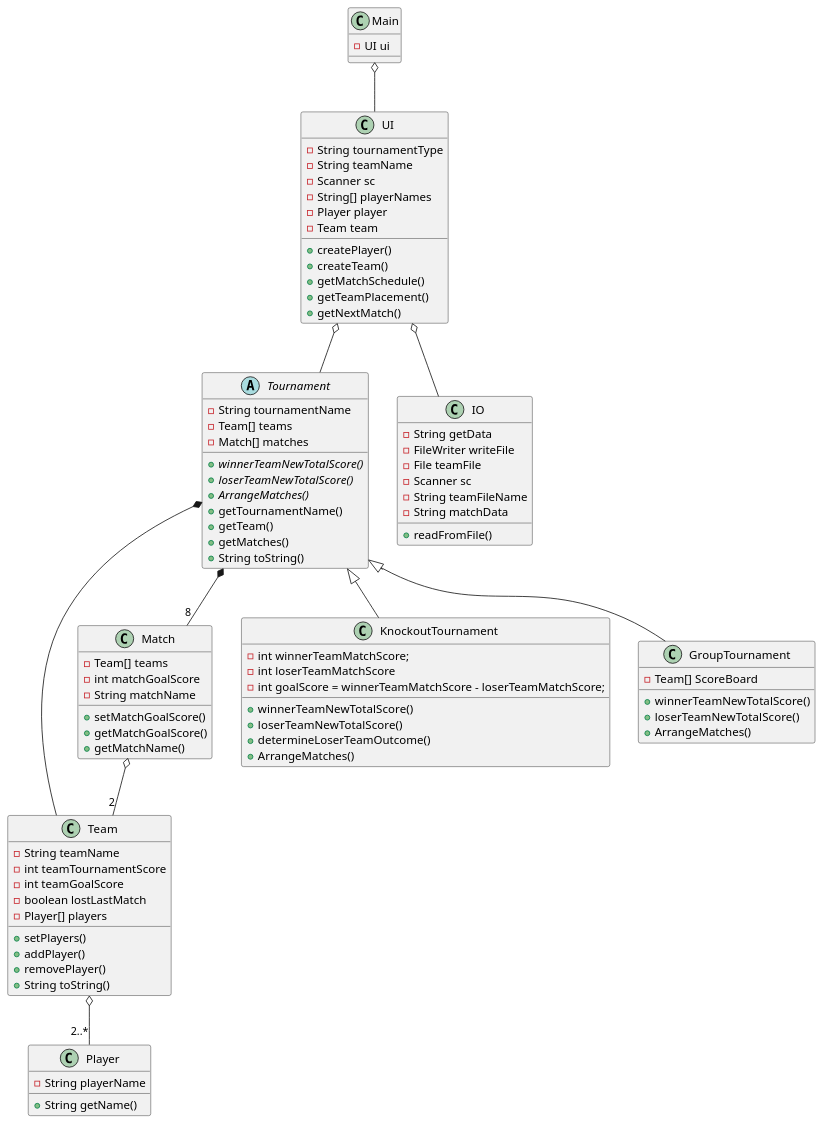
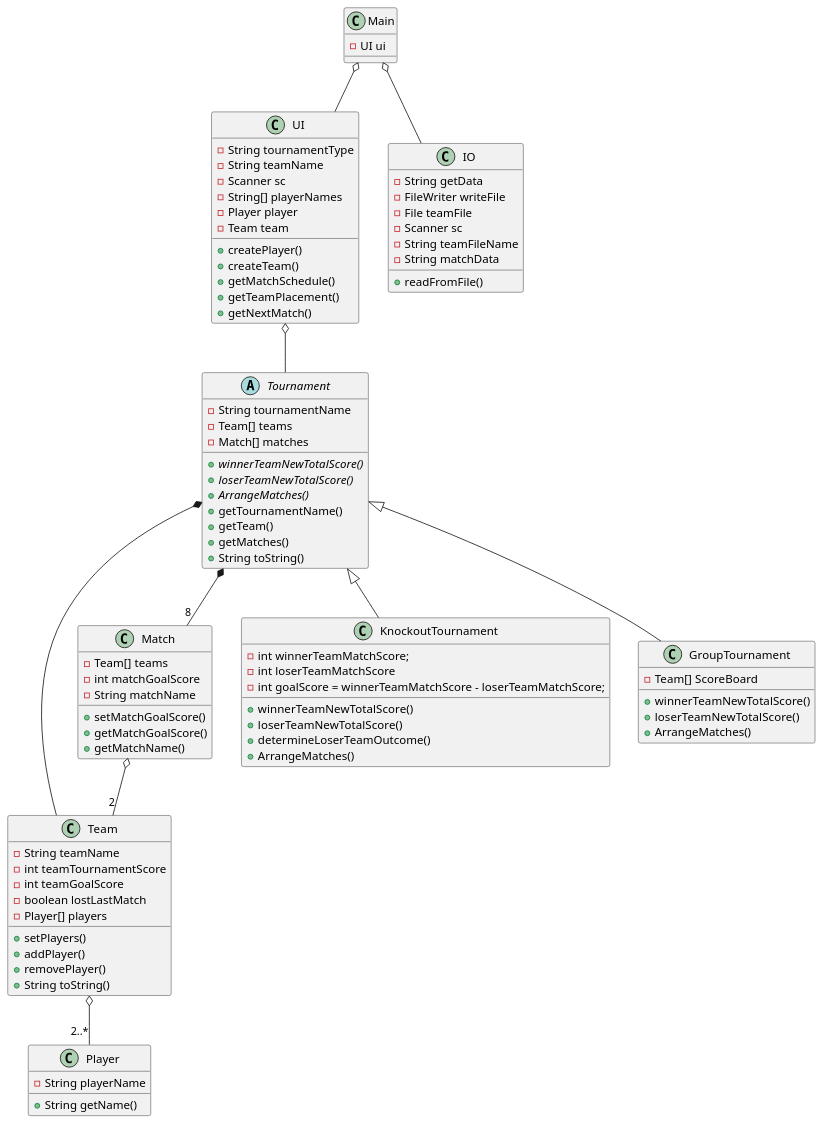
One commit to DeRp-DaWg/SP3 changed the diagram in doc/Class.puml. Above: the diagram before and after it, drawn with PlantUML.

Commit message:
Lavet af Andreas

```diff
--- a/doc/Class.puml
+++ b/doc/Class.puml
@@ -1,98 +1,98 @@
 @startuml
 'https://plantuml.com/class-diagram
 
 class Main{
 -UI ui
 }
 
 class Player {
 -String playerName
 +String getName()
 }
 
 class Team {
 -String teamName
 -int teamTournamentScore
 -int teamGoalScore
 -boolean lostLastMatch
 -Player[] players
 +setPlayers()
 +addPlayer()
 +removePlayer()
 +String toString()
 }
 
 class Match{
 -Team[] teams
 -int matchGoalScore
 -String matchName
 
 +setMatchGoalScore()
 +getMatchGoalScore()
 +getMatchName()
 }
 
 abstract Tournament {
 -String tournamentName
 -Team[] teams
 -Match[] matches
 +{abstract}winnerTeamNewTotalScore()
 +{abstract}loserTeamNewTotalScore()
 +{abstract}ArrangeMatches()
 +getTournamentName()
 +getTeam()
 +getMatches()
 +String toString()
 }
 
 class KnockoutTournament{
 -int winnerTeamMatchScore;
 -int loserTeamMatchScore
 -int goalScore = winnerTeamMatchScore - loserTeamMatchScore;
 +winnerTeamNewTotalScore()
 +loserTeamNewTotalScore()
 +determineLoserTeamOutcome()
 +ArrangeMatches()
 }
 
 class GroupTournament{
 -Team[] ScoreBoard
 +winnerTeamNewTotalScore()
 +loserTeamNewTotalScore()
 +ArrangeMatches()
 }
 
 class UI {
 -String tournamentType
 -String teamName
 -Scanner sc
 -String[] playerNames
 -Player player
 -Team team
 +createPlayer()
 +createTeam()
 +getMatchSchedule()
 +getTeamPlacement()
 +getNextMatch()
 }
 
 class IO {
 -String getData
 -FileWriter writeFile
 -File teamFile
 -Scanner sc
 -String teamFileName
 -String matchData
 +readFromFile()
 }
 
 UI o-- Tournament
-UI o-- IO
+Main o-- IO
 Tournament *-- "8" Match
 Tournament *-- Team
 Match o-- "2" Team
 Team o-- "2..*" Player
 Tournament <|-- KnockoutTournament
 Tournament <|-- GroupTournament
 Main o-- UI
 @enduml
```
